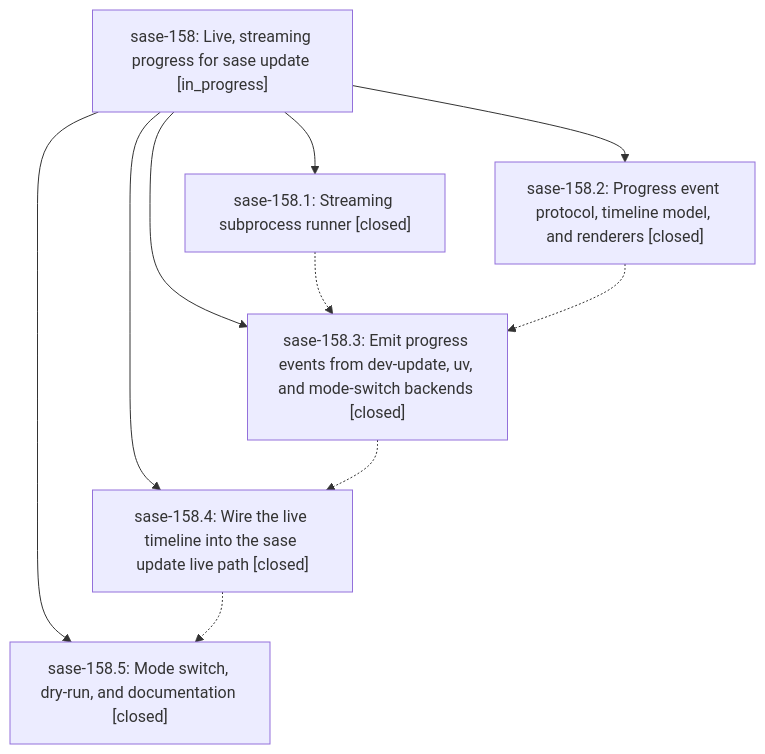
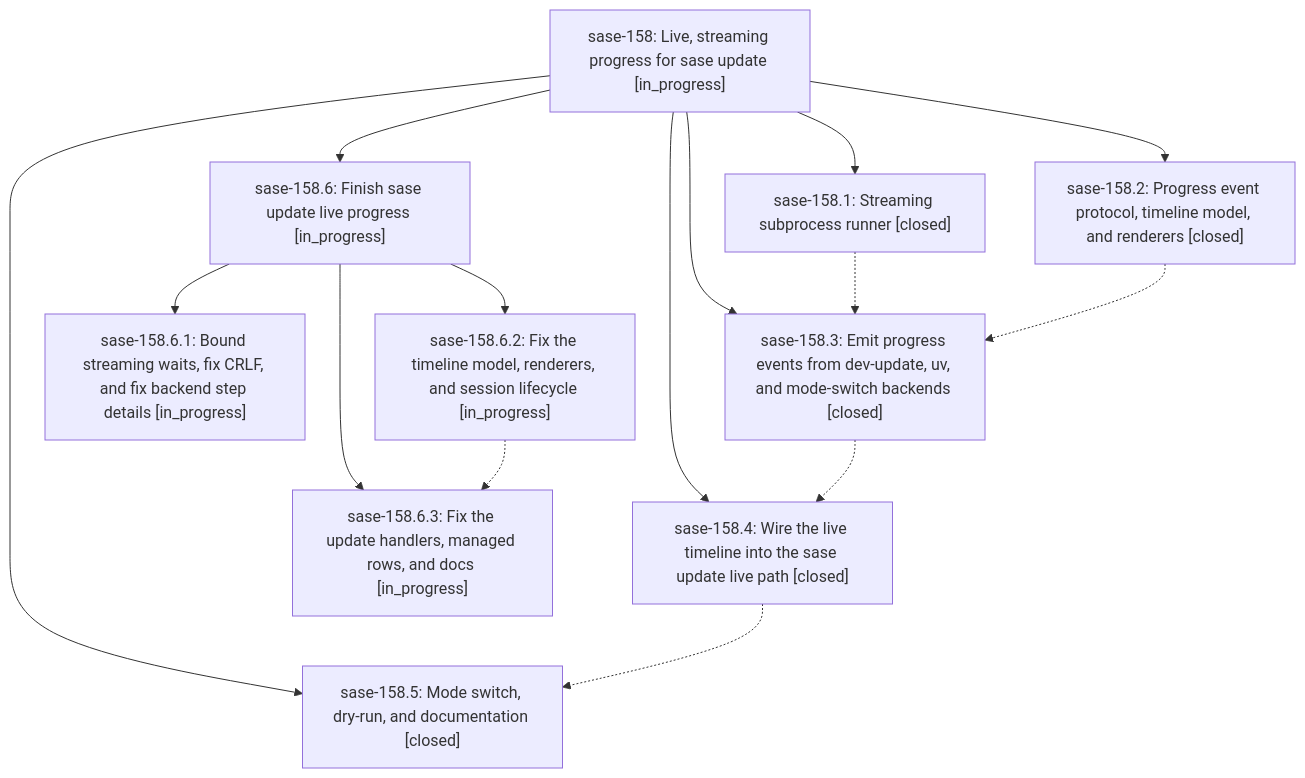
Before and after one commit to sase-org/sase--beads: the diagram in pages/sase-158/README.md, drawn with Mermaid. The commit also changed other lines of this file and 4 other files, not shown here.

````diff
--- a/pages/sase-158/README.md
+++ b/pages/sase-158/README.md
@@ -42,18 +80,27 @@
 ```mermaid
 flowchart TD
     n0["sase-158: Live, streaming progress for sase update [in_progress]"]
     n1["sase-158.1: Streaming subprocess runner [closed]"]
     n2["sase-158.2: Progress event protocol, timeline model, and renderers [closed]"]
     n3["sase-158.3: Emit progress events from dev-update, uv, and mode-switch backends [closed]"]
     n4["sase-158.4: Wire the live timeline into the sase update live path [closed]"]
     n5["sase-158.5: Mode switch, dry-run, and documentation [closed]"]
+    n6["sase-158.6: Finish sase update live progress [in_progress]"]
+    n7["sase-158.6.1: Bound streaming waits, fix CRLF, and fix backend step details [in_progress]"]
+    n8["sase-158.6.2: Fix the timeline model, renderers, and session lifecycle [in_progress]"]
+    n9["sase-158.6.3: Fix the update handlers, managed rows, and docs [in_progress]"]
     n0 --> n1
     n0 --> n2
     n0 --> n3
     n0 --> n4
     n0 --> n5
+    n0 --> n6
+    n6 --> n7
+    n6 --> n8
+    n6 --> n9
     n1 -.-> n3
     n2 -.-> n3
     n3 -.-> n4
     n4 -.-> n5
+    n8 -.-> n9
 ```
````
